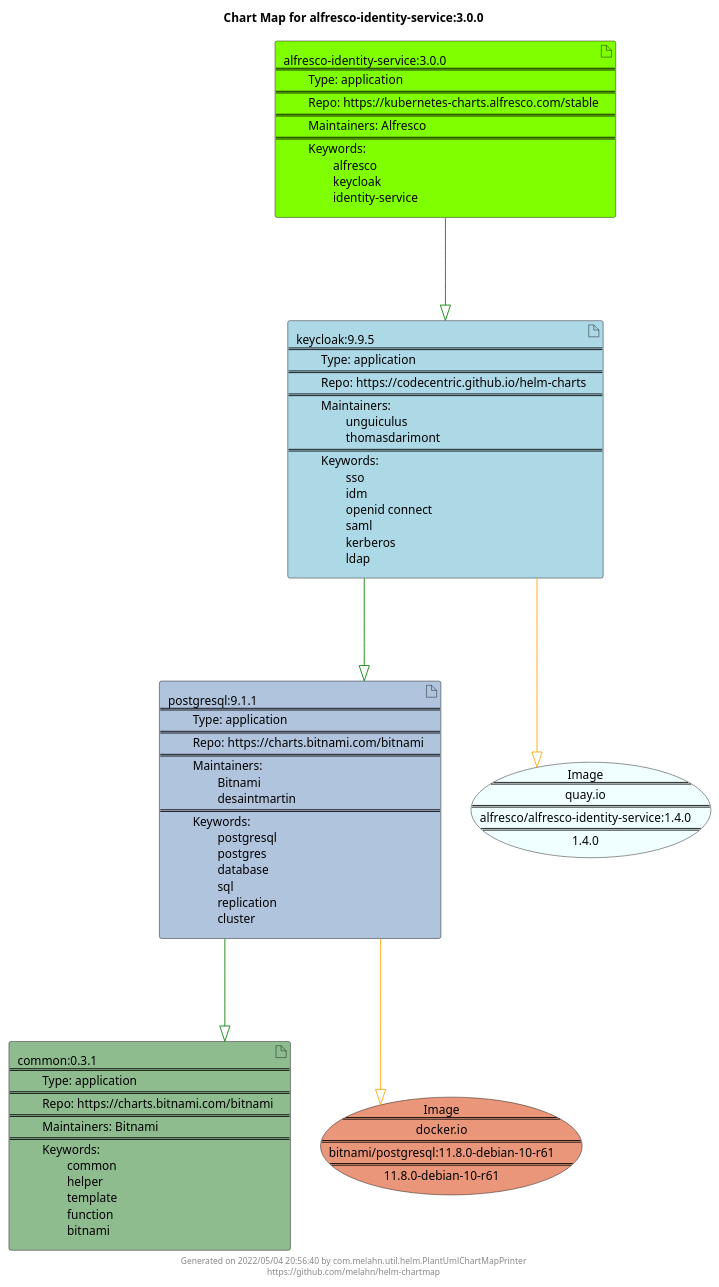
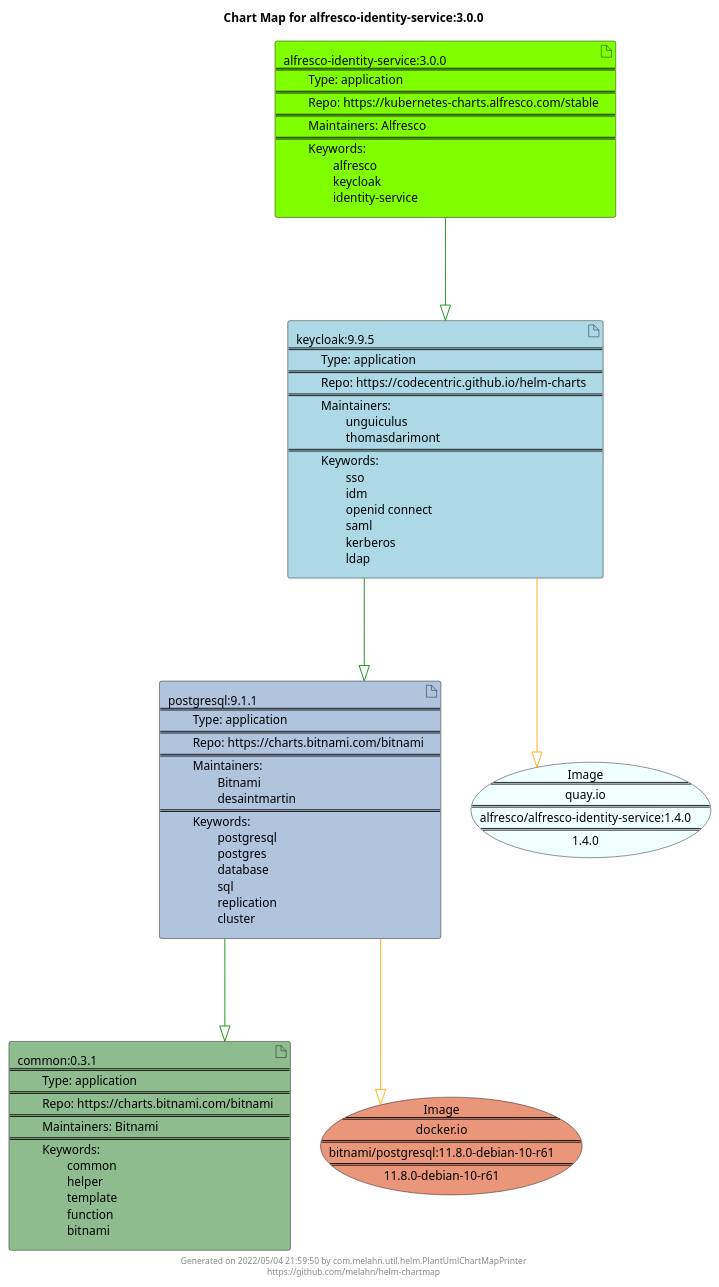
Before and after one commit to melahn/helm-chartmap: the diagram in docs/alfresco-identity-service/alfresco-identity-service-3.0.0.puml, drawn with PlantUML. The commit also changed 63 other files, not shown here.

Commit message:
Update Example Chart Maps as part of GitHub build

```diff
--- a/docs/alfresco-identity-service/alfresco-identity-service-3.0.0.puml
+++ b/docs/alfresco-identity-service/alfresco-identity-service-3.0.0.puml
@@ -1,29 +1,29 @@
 @startuml
 skinparam linetype ortho
 skinparam backgroundColor white
 skinparam usecaseBorderColor black
 skinparam usecaseArrowColor LightSlateGray
 skinparam artifactBorderColor black
 skinparam artifactArrowColor LightSlateGray
 
 title Chart Map for alfresco-identity-service:3.0.0
 
 'There are 4 referenced Helm Charts
 artifact "postgresql:9.1.1\n====\n\tType: application\n====\n\tRepo: https://charts.bitnami.com/bitnami\n====\n\tMaintainers: \n\t\tBitnami\n\t\tdesaintmartin\n====\n\tKeywords: \n\t\tpostgresql\n\t\tpostgres\n\t\tdatabase\n\t\tsql\n\t\treplication\n\t\tcluster" as postgresql_9_1_1 #LightSteelBlue
 artifact "alfresco-identity-service:3.0.0\n====\n\tType: application\n====\n\tRepo: https://kubernetes-charts.alfresco.com/stable\n====\n\tMaintainers: Alfresco\n====\n\tKeywords: \n\t\talfresco\n\t\tkeycloak\n\t\tidentity-service" as alfresco_identity_service_3_0_0 #Chartreuse
 artifact "keycloak:9.9.5\n====\n\tType: application\n====\n\tRepo: https://codecentric.github.io/helm-charts\n====\n\tMaintainers: \n\t\tunguiculus\n\t\tthomasdarimont\n====\n\tKeywords: \n\t\tsso\n\t\tidm\n\t\topenid connect\n\t\tsaml\n\t\tkerberos\n\t\tldap" as keycloak_9_9_5 #LightBlue
 artifact "common:0.3.1\n====\n\tType: application\n====\n\tRepo: https://charts.bitnami.com/bitnami\n====\n\tMaintainers: Bitnami\n====\n\tKeywords: \n\t\tcommon\n\t\thelper\n\t\ttemplate\n\t\tfunction\n\t\tbitnami" as common_0_3_1 #DarkSeaGreen
 
 'There are 2 referenced Docker Images
 usecase "Image\n====\ndocker.io\n====\nbitnami/postgresql:11.8.0-debian-10-r61\n====\n11.8.0-debian-10-r61" as docker_io_bitnami_postgresql_11_8_0_debian_10_r61 #DarkSalmon
 usecase "Image\n====\nquay.io\n====\nalfresco/alfresco-identity-service:1.4.0\n====\n1.4.0" as quay_io_alfresco_alfresco_identity_service_1_4_0 #Azure
 
 'Chart Dependencies
 alfresco_identity_service_3_0_0--[#green]-|>keycloak_9_9_5
 keycloak_9_9_5--[#green]-|>postgresql_9_1_1
 postgresql_9_1_1--[#green]-|>common_0_3_1
 postgresql_9_1_1--[#orange]-|>docker_io_bitnami_postgresql_11_8_0_debian_10_r61
 keycloak_9_9_5--[#orange]-|>quay_io_alfresco_alfresco_identity_service_1_4_0
 
-center footer Generated on 2022/05/04 20:56:40 by com.melahn.util.helm.PlantUmlChartMapPrinter\nhttps://github.com/melahn/helm-chartmap
+center footer Generated on 2022/05/04 21:59:50 by com.melahn.util.helm.PlantUmlChartMapPrinter\nhttps://github.com/melahn/helm-chartmap
 @enduml
```
